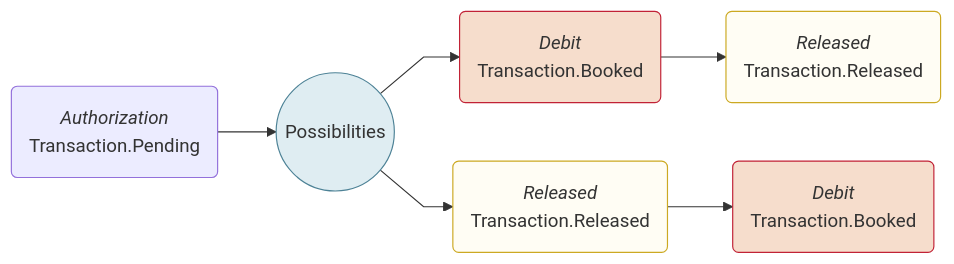
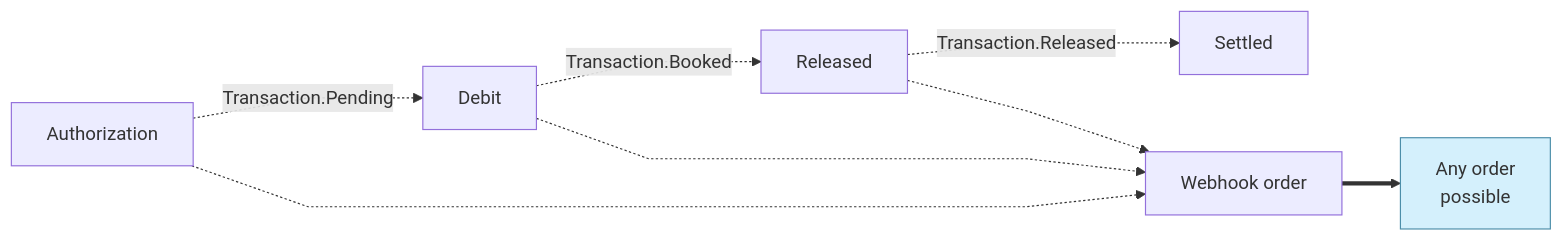
The second of 2 diagrams in docs/developers/using-api/webhooks.mdx (swan-io/docs), drawn with Mermaid before and after one commit. The commit also changed other lines of this file, not shown here.

````diff
--- a/docs/developers/using-api/webhooks.mdx
+++ b/docs/developers/using-api/webhooks.mdx
@@ -162,12 +308,12 @@
 ```mermaid
 %%{ init: { 'flowchart': { 'curve': 'linear' } } }%%
 flowchart LR
-    A(<i>Authorization</i><br/>Transaction.Pending) --> P((Possibilities))
-    P --> B(<i>Debit</i><br/>Transaction.Booked) --> D(<i>Released</i><br/>Transaction.Released)
-    P --> C(<i>Released</i><br/>Transaction.Released) --> E(<i>Debit</i><br/>Transaction.Booked)
-    style P fill:#dfedf2,stroke:#4d8296
-    style C fill:#fffdf4,stroke:#cca922
-    style D fill:#fffdf4,stroke:#cca922
-    style B fill:#f6ddcc,stroke:#c12236
-    style E fill:#f6ddcc,stroke:#c12236
+    A[Authorization] -.->|Transaction.Pending| B[Debit]
+    B -.->|Transaction.Booked| C[Released]
+    C -.->|Transaction.Released| D[Settled]
+    A -.-> E[Webhook order]
+    B -.-> E
+    C -.-> E
+    E ==> F[Any order<br/>possible]
+    style F fill:#D4F0FC, stroke:#4C8EA9
 ```
````
